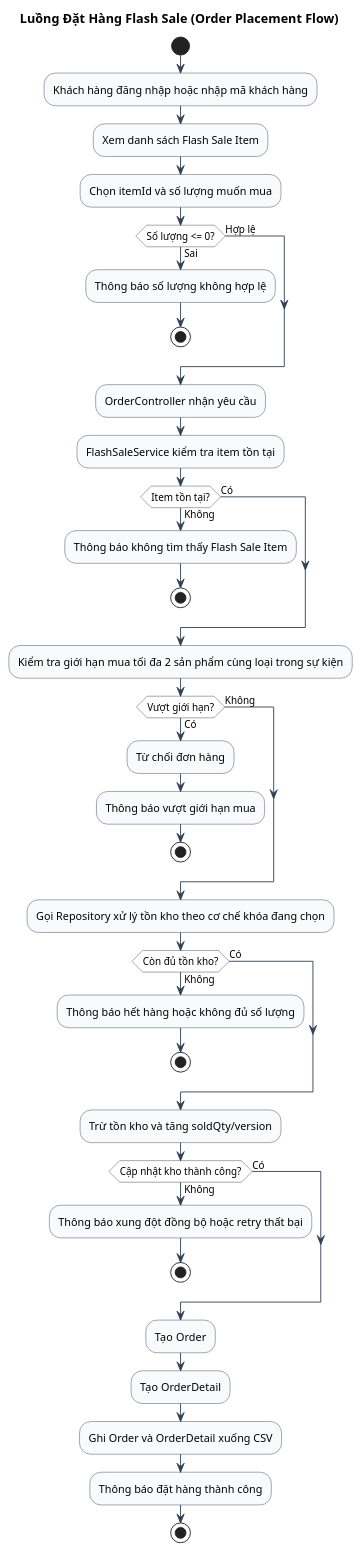
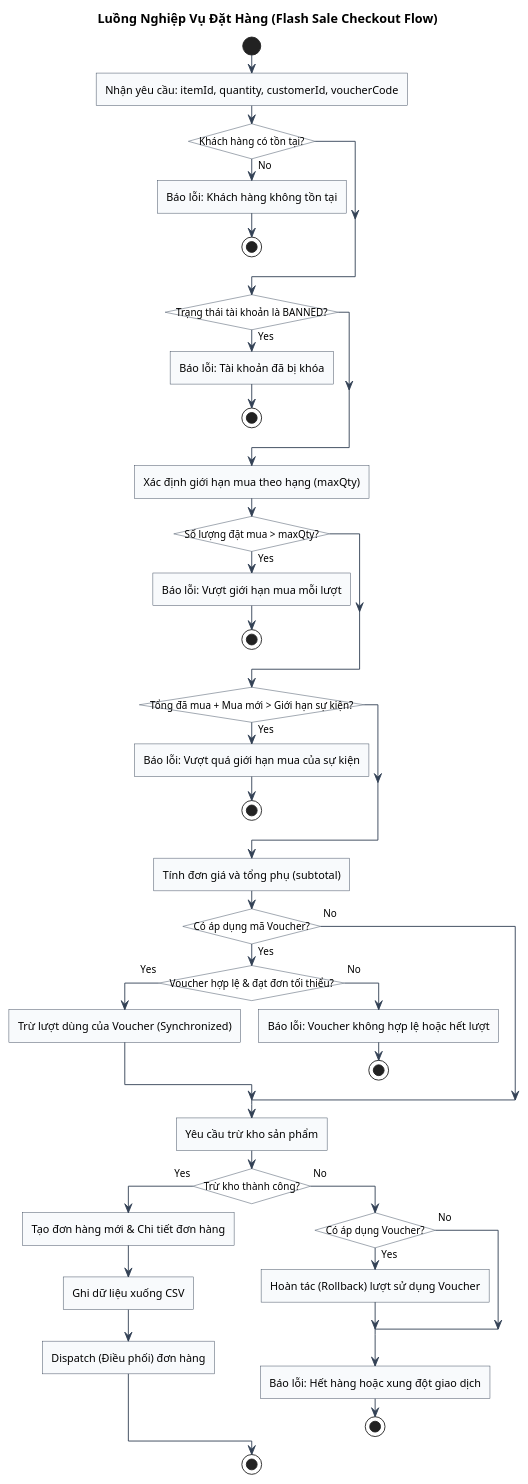
The diagram in docs/flowcharts/order_flow.puml (nguyendinhtien824-super/Group-2), drawn with PlantUML before and after one commit. The commit also changed 7 other files, not shown here.

Commit message:
fixing flowcharts

```diff
--- a/docs/flowcharts/order_flow.puml
+++ b/docs/flowcharts/order_flow.puml
@@ -1,61 +1,65 @@
 @startuml
-' Render PNG bằng: java -jar plantuml.jar -charset UTF-8 -tpng order_flow.puml
+skinparam roundcorner 0
 skinparam defaultFontName "Arial"
 skinparam titleFontName "Arial"
 skinparam shadowing false
+skinparam ActivityShape rectangle
 skinparam ArrowColor #334155
 skinparam ActivityBackgroundColor #F8FAFC
 skinparam ActivityBorderColor #334155
 skinparam ActivityDiamondBackgroundColor #FFFFFF
 skinparam ActivityDiamondBorderColor #334155
-skinparam NoteBackgroundColor #FFF7ED
-skinparam NoteBorderColor #F97316
+skinparam conditionStyle InsideDiamond
+skinparam ConditionEndStyle hline
 
-title Luồng Đặt Hàng Flash Sale (Order Placement Flow)
+title Luồng Nghiệp Vụ Đặt Hàng (Flash Sale Checkout Flow)
 
 start
-:Khách hàng đăng nhập hoặc nhập mã khách hàng;
-:Xem danh sách Flash Sale Item;
-:Chọn itemId và số lượng muốn mua;
-if (Số lượng <= 0?) then (Sai)
-  :Thông báo số lượng không hợp lệ;
+:Nhận yêu cầu: itemId, quantity, customerId, voucherCode;
+if (Khách hàng có tồn tại?) then ( No )
+  :Báo lỗi: Khách hàng không tồn tại;
   stop
-else (Hợp lệ)
 endif
 
-:OrderController nhận yêu cầu;
-:FlashSaleService kiểm tra item tồn tại;
-if (Item tồn tại?) then (Không)
-  :Thông báo không tìm thấy Flash Sale Item;
+if (Trạng thái tài khoản là BANNED?) then ( Yes )
+  :Báo lỗi: Tài khoản đã bị khóa;
   stop
-else (Có)
 endif
 
-:Kiểm tra giới hạn mua tối đa 2 sản phẩm cùng loại trong sự kiện;
-if (Vượt giới hạn?) then (Có)
-  :Từ chối đơn hàng;
-  :Thông báo vượt giới hạn mua;
+:Xác định giới hạn mua theo hạng (maxQty);
+if (Số lượng đặt mua > maxQty?) then ( Yes )
+  :Báo lỗi: Vượt giới hạn mua mỗi lượt;
   stop
-else (Không)
 endif
 
-:Gọi Repository xử lý tồn kho theo cơ chế khóa đang chọn;
-if (Còn đủ tồn kho?) then (Không)
-  :Thông báo hết hàng hoặc không đủ số lượng;
+if (Tổng đã mua + Mua mới > Giới hạn sự kiện?) then ( Yes )
+  :Báo lỗi: Vượt quá giới hạn mua của sự kiện;
   stop
-else (Có)
 endif
 
-:Trừ tồn kho và tăng soldQty/version;
-if (Cập nhật kho thành công?) then (Không)
-  :Thông báo xung đột đồng bộ hoặc retry thất bại;
-  stop
-else (Có)
+:Tính đơn giá và tổng phụ (subtotal);
+if (Có áp dụng mã Voucher?) then ( Yes )
+  if (Voucher hợp lệ & đạt đơn tối thiểu?) then ( Yes )
+    :Trừ lượt dùng của Voucher (Synchronized);
+  else ( No )
+    :Báo lỗi: Voucher không hợp lệ hoặc hết lượt;
+    stop
+  endif
+else ( No )
 endif
 
-:Tạo Order;
-:Tạo OrderDetail;
-:Ghi Order và OrderDetail xuống CSV;
-:Thông báo đặt hàng thành công;
+:Yêu cầu trừ kho sản phẩm;
+if (Trừ kho thành công?) then ( Yes )
+  :Tạo đơn hàng mới & Chi tiết đơn hàng;
+  :Ghi dữ liệu xuống CSV;
+  :Dispatch (Điều phối) đơn hàng;
+else ( No )
+  if (Có áp dụng Voucher?) then ( Yes )
+    :Hoàn tác (Rollback) lượt sử dụng Voucher;
+  else ( No )
+  endif
+  :Báo lỗi: Hết hàng hoặc xung đột giao dịch;
+  stop
+endif
 stop
 @enduml
```
